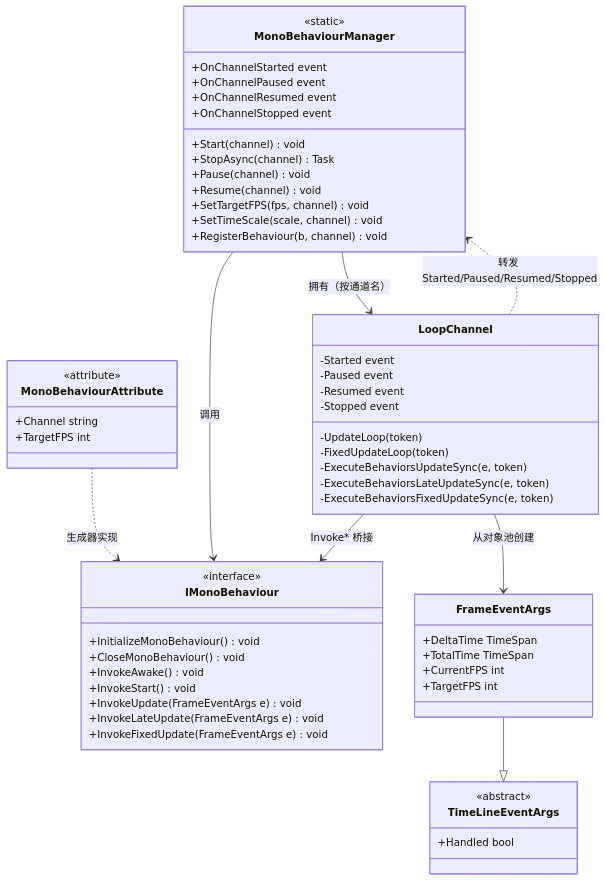
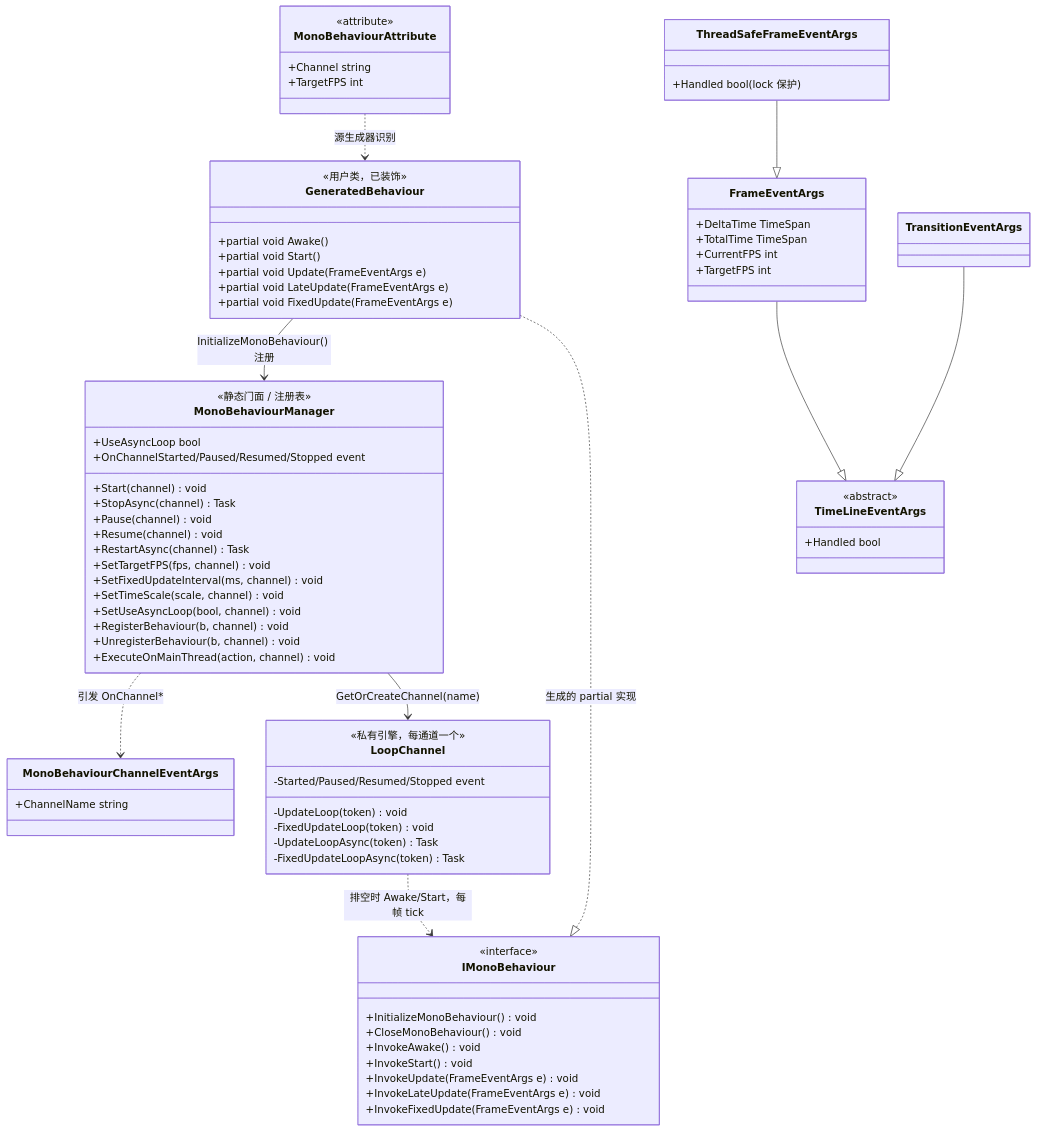
Before and after one commit to Axvser/VeloxDev.Docs: the diagram in src/CloudGlyph/Assets/Docs/content/zh/3_SE分析/02_设计模式分析/06_MonoBehaviour/index.md, drawn with Mermaid. The commit also changed other lines of this file and 443 other files, not shown here.

````diff
--- a/src/CloudGlyph/Assets/Docs/content/zh/3_SE分析/02_设计模式分析/06_MonoBehaviour/index.md
+++ b/src/CloudGlyph/Assets/Docs/content/zh/3_SE分析/02_设计模式分析/06_MonoBehaviour/index.md
@@ -5,60 +5,78 @@
 ```mermaid
 classDiagram
     class MonoBehaviourAttribute {
         <<attribute>>
         +Channel string
         +TargetFPS int
+    }
+    class GeneratedBehaviour {
+        <<用户类，已装饰>>
+        +partial void Awake()
+        +partial void Start()
+        +partial void Update(FrameEventArgs e)
+        +partial void LateUpdate(FrameEventArgs e)
+        +partial void FixedUpdate(FrameEventArgs e)
     }
     class IMonoBehaviour {
         <<interface>>
         +InitializeMonoBehaviour() void
         +CloseMonoBehaviour() void
         +InvokeAwake() void
         +InvokeStart() void
         +InvokeUpdate(FrameEventArgs e) void
         +InvokeLateUpdate(FrameEventArgs e) void
         +InvokeFixedUpdate(FrameEventArgs e) void
     }
     class MonoBehaviourManager {
-        <<static>>
+        <<静态门面 / 注册表>>
+        +UseAsyncLoop bool
         +Start(channel) void
         +StopAsync(channel) Task
         +Pause(channel) void
         +Resume(channel) void
+        +RestartAsync(channel) Task
         +SetTargetFPS(fps, channel) void
+        +SetFixedUpdateInterval(ms, channel) void
         +SetTimeScale(scale, channel) void
+        +SetUseAsyncLoop(bool, channel) void
         +RegisterBehaviour(b, channel) void
-        +OnChannelStarted event
-        +OnChannelPaused event
-        +OnChannelResumed event
-        +OnChannelStopped event
+        +UnregisterBehaviour(b, channel) void
+        +ExecuteOnMainThread(action, channel) void
+        +OnChannelStarted/Paused/Resumed/Stopped event
     }
     class LoopChannel {
-        -UpdateLoop(token)
-        -FixedUpdateLoop(token)
-        -ExecuteBehaviorsUpdateSync(e, token)
-        -ExecuteBehaviorsLateUpdateSync(e, token)
-        -ExecuteBehaviorsFixedUpdateSync(e, token)
-        -Started event
-        -Paused event
-        -Resumed event
-        -Stopped event
+        <<私有引擎，每通道一个>>
+        -UpdateLoop(token) void
+        -FixedUpdateLoop(token) void
+        -UpdateLoopAsync(token) Task
+        -FixedUpdateLoopAsync(token) Task
+        -Started/Paused/Resumed/Stopped event
     }
     class TimeLineEventArgs {
         <<abstract>>
         +Handled bool
     }
     class FrameEventArgs {
         +DeltaTime TimeSpan
         +TotalTime TimeSpan
         +CurrentFPS int
         +TargetFPS int
     }
-    MonoBehaviourAttribute ..> IMonoBehaviour : 生成器实现
-    MonoBehaviourManager --> LoopChannel : 拥有（按通道名）
-    MonoBehaviourManager --> IMonoBehaviour : 调用
-    LoopChannel --> IMonoBehaviour : Invoke* 桥接
-    LoopChannel --> FrameEventArgs : 从对象池创建
+    class ThreadSafeFrameEventArgs {
+        +Handled bool (lock 保护)
+    }
+    class TransitionEventArgs
+    class MonoBehaviourChannelEventArgs {
+        +ChannelName string
+    }
+
+    MonoBehaviourAttribute ..> GeneratedBehaviour : 源生成器识别
+    GeneratedBehaviour ..|> IMonoBehaviour : 生成的 partial 实现
+    GeneratedBehaviour --> MonoBehaviourManager : InitializeMonoBehaviour() 注册
+    MonoBehaviourManager --> LoopChannel : GetOrCreateChannel(name)
+    LoopChannel ..> IMonoBehaviour : 排空时 Awake/Start，每帧 tick
     FrameEventArgs --|> TimeLineEventArgs
-    LoopChannel ..> MonoBehaviourManager : 转发 Started/Paused/Resumed/Stopped
+    ThreadSafeFrameEventArgs --|> FrameEventArgs
+    TransitionEventArgs --|> TimeLineEventArgs
+    MonoBehaviourManager ..> MonoBehaviourChannelEventArgs : 引发 OnChannel*
 ```
````
